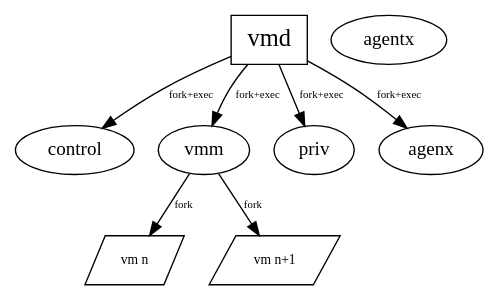
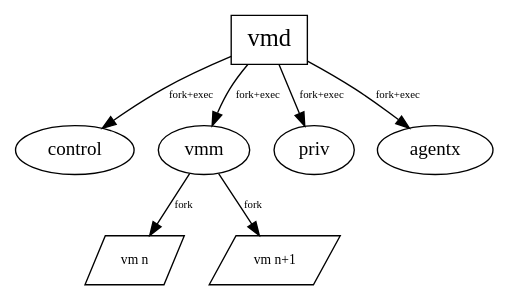
Before and after one commit to voutilad/asiabsdcon2023: the diagram in privsep-72.dot, drawn with Graphviz. The commit also changed 2 other files, not shown here.

```diff
--- a/privsep-72.dot
+++ b/privsep-72.dot
@@ -1,12 +1,12 @@
 digraph privsep_72 {
     parent [shape=box, label="vmd", fontsize=18];
     control [shape=ellipse, label="control", fontsize=14];
     vmm [shape=ellipse, label="vmm", fontsize=14];
     priv [shape=ellipse, label="priv", fontsize=14];
     agentx [shape=ellipse, label="agentx", fontsize=14];
     vm1 [shape=parallelogram, label="vm n", fontsize=10];
     vm2 [shape=parallelogram, label="vm n+1", fontsize=10];
 
-    parent -> { control, vmm, priv, agenx } [label="fork+exec", fontsize=8];
+    parent -> { control, vmm, priv, agentx } [label="fork+exec", fontsize=8];
     vmm -> { vm1, vm2 } [label="fork", fontsize=8];
 }
```
